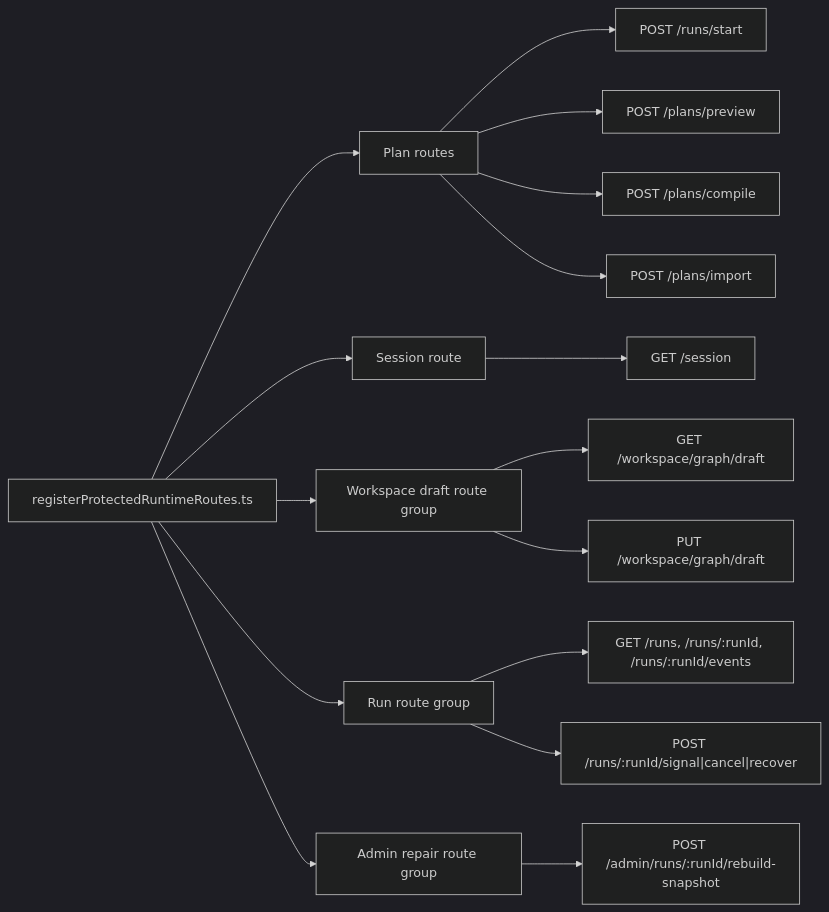
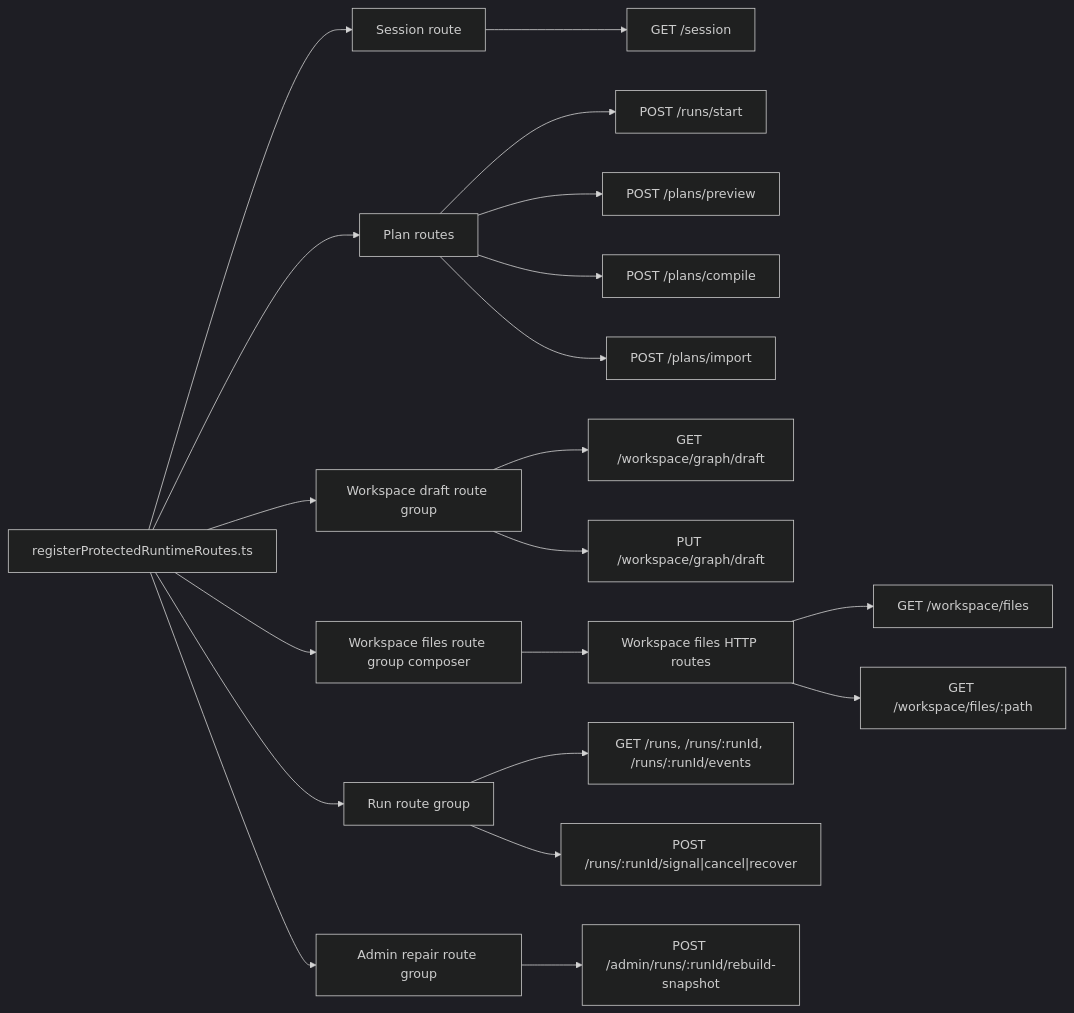
One commit to dunay2/dvt changed the first of 2 diagrams in apps/api/docs/protected-runtime-route-group-component.md. Above: the diagram before and after it, drawn with Mermaid (dark theme). The commit also changed other lines of this file and 64 other files, not shown here.

````diff
--- a/apps/api/docs/protected-runtime-route-group-component.md
+++ b/apps/api/docs/protected-runtime-route-group-component.md
@@ -83,19 +90,23 @@
 ```mermaid
 flowchart LR
   Register["registerProtectedRuntimeRoutes.ts"] --> Plan["Plan routes"]
   Register --> Session["Session route"]
   Register --> Draft["Workspace draft route group"]
   Register --> Runs["Run route group"]
   Register --> Admin["Admin repair route group"]
 
   Session --> SessionRead["GET /session"]
   Plan --> Start["POST /runs/start"]
   Plan --> Preview["POST /plans/preview"]
   Plan --> Compile["POST /plans/compile"]
   Plan --> Import["POST /plans/import"]
   Draft --> DraftRead["GET /workspace/graph/draft"]
   Draft --> DraftSave["PUT /workspace/graph/draft"]
+  Register --> FilesComposer["Workspace files route group composer"]
+  FilesComposer --> Files["Workspace files HTTP routes"]
+  Files --> FilesTree["GET /workspace/files"]
+  Files --> FilesContent["GET /workspace/files/:path"]
   Runs --> RunReads["GET /runs, /runs/:runId, /runs/:runId/events"]
   Runs --> RunCommands["POST /runs/:runId/signal|cancel|recover"]
   Admin --> Repair["POST /admin/runs/:runId/rebuild-snapshot"]
 ```
````
